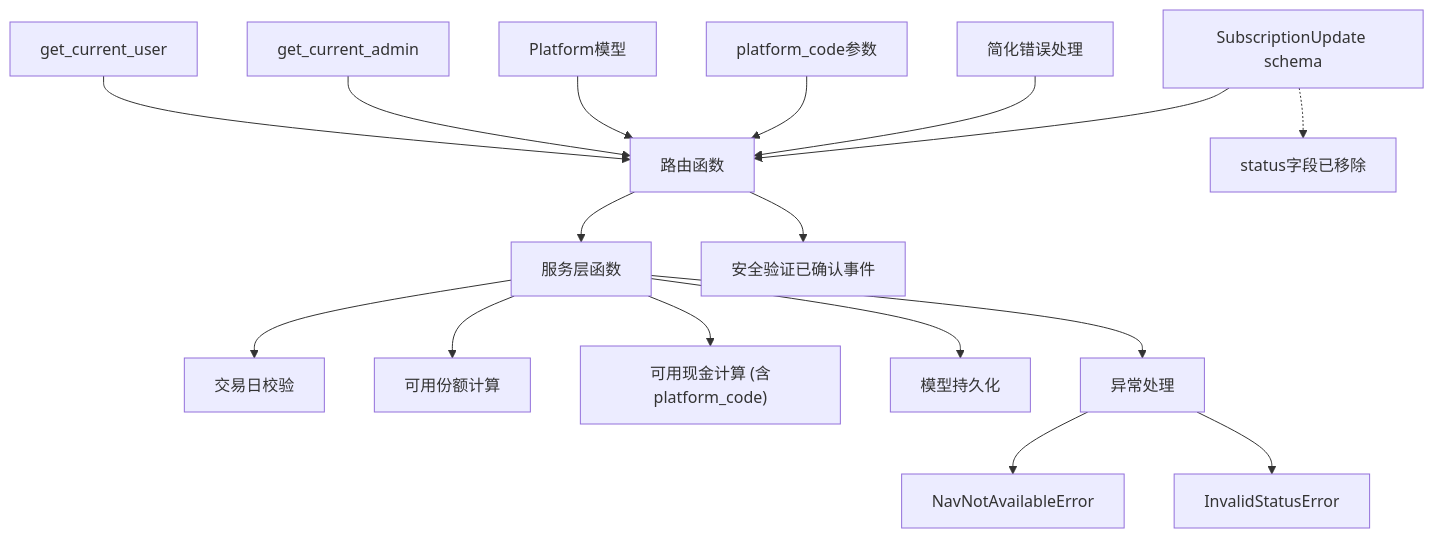
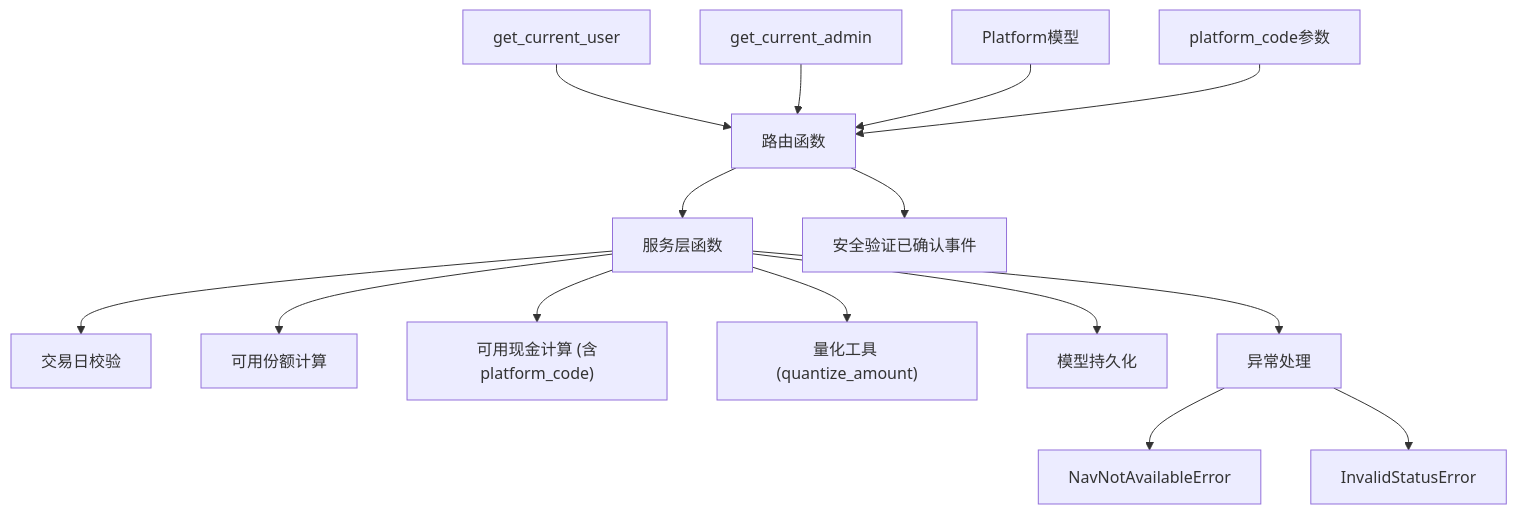
Before and after one commit to gujialind/InvestRing: the eighth of 8 diagrams in .qoder/repowiki/zh/content/后端API文档/申购赎回API.md, drawn with Mermaid. The commit also changed other lines of this file and 65 other files, not shown here.

````diff
--- a/.qoder/repowiki/zh/content/后端API文档/申购赎回API.md
+++ b/.qoder/repowiki/zh/content/后端API文档/申购赎回API.md
@@ -542,19 +494,17 @@
 ```mermaid
 graph TB
 U["get_current_user"] --> R["路由函数"]
 A["get_current_admin"] --> R
 R --> S["服务层函数"]
 S --> T["交易日校验"]
 S --> C1["可用份额计算"]
 S --> C2["可用现金计算 (含platform_code)"]
+S --> Q["量化工具 (quantize_amount)"]
 S --> M["模型持久化"]
 S --> E["异常处理"]
 R --> V["安全验证已确认事件"]
 E --> N["NavNotAvailableError"]
 E --> I["InvalidStatusError"]
 P["Platform模型"] --> R
 PC["platform_code参数"] --> R
-Q["简化错误处理"] --> R
-SU["SubscriptionUpdate schema"] --> R
-SU -.-> Removed["status字段已移除"]
 ```
````
